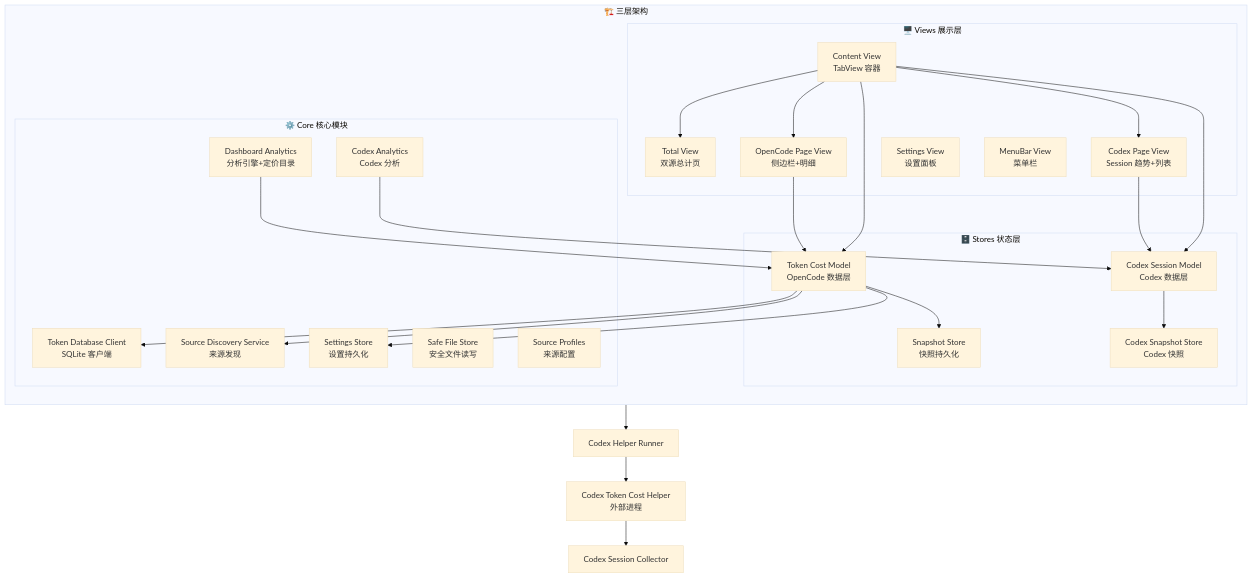
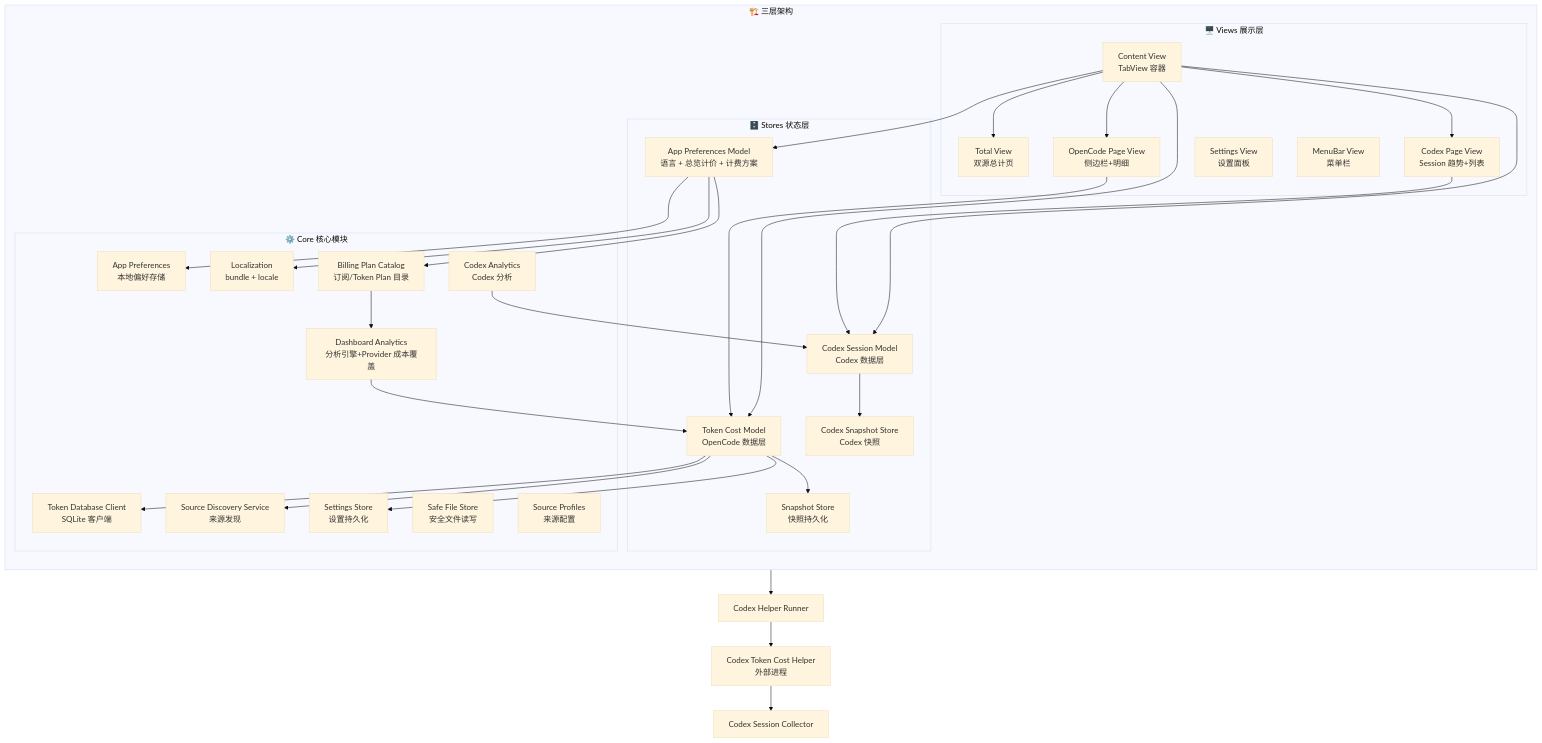
Before and after one commit to blackkcold/Token-Cost-App---OC-Codex: the first of 4 diagrams in docs/架构逻辑链图.md, drawn with Mermaid (base theme). The commit also changed other lines of this file and 5 other files, not shown here.

First line of the commit message:
docs: sync CHANGELOG, README, SECURITY, dev manual, architecture diagrams, and module relationship inventory for v0.1.1

````diff
--- a/docs/架构逻辑链图.md
+++ b/docs/架构逻辑链图.md
@@ -5,49 +5,58 @@
 ```mermaid
 graph TB
     subgraph "🏗️ 三层架构"
         direction TB
         subgraph "🖥️ Views 展示层"
             CTV[Content View<br/>TabView 容器]
             TV[Total View<br/>双源总计页]
             OPV[OpenCode Page View<br/>侧边栏+明细]
             CPV[Codex Page View<br/>Session 趋势+列表]
             SV[Settings View<br/>设置面板]
             MBV[MenuBar View<br/>菜单栏]
         end
 
         subgraph "🗄️ Stores 状态层"
             TCM[Token Cost Model<br/>OpenCode 数据层]
             CSM[Codex Session Model<br/>Codex 数据层]
+            APM[App Preferences Model<br/>语言 + 总览计价 + 计费方案]
             SS[Snapshot Store<br/>快照持久化]
             CSS[Codex Snapshot Store<br/>Codex 快照]
         end
 
         subgraph "⚙️ Core 核心模块"
             TDC[Token Database Client<br/>SQLite 客户端]
             SDS[Source Discovery Service<br/>来源发现]
-            DA[Dashboard Analytics<br/>分析引擎+定价目录]
+            DA[Dashboard Analytics<br/>分析引擎+Provider 成本覆盖]
+            BPC[Billing Plan Catalog<br/>订阅/Token Plan 目录]
             CA[Codex Analytics<br/>Codex 分析]
             SET[Settings Store<br/>设置持久化]
+            LOC[Localization<br/>bundle + locale]
             SFS[Safe File Store<br/>安全文件读写]
             SP[Source Profiles<br/>来源配置]
+            AP[App Preferences<br/>本地偏好存储]
         end
     end
 
     CTV --> TV
     CTV --> OPV
     CTV --> CPV
     OPV --> TCM
     CPV --> CSM
     CTV --> TCM
     CTV --> CSM
+    CTV --> APM
     TCM --> SDS
     TCM --> TDC
     TCM --> SS
     TCM --> SET
     CSM --> CHR[Codex Helper Runner]
     CSM --> CSS
+    APM --> AP
+    APM --> LOC
+    APM --> BPC
+    BPC --> DA
     CHR --> CH[Codex Token Cost Helper<br/>外部进程]
     CH --> CSC[Codex Session Collector]
     DA --> TCM
     CA --> CSM
 ```
````
